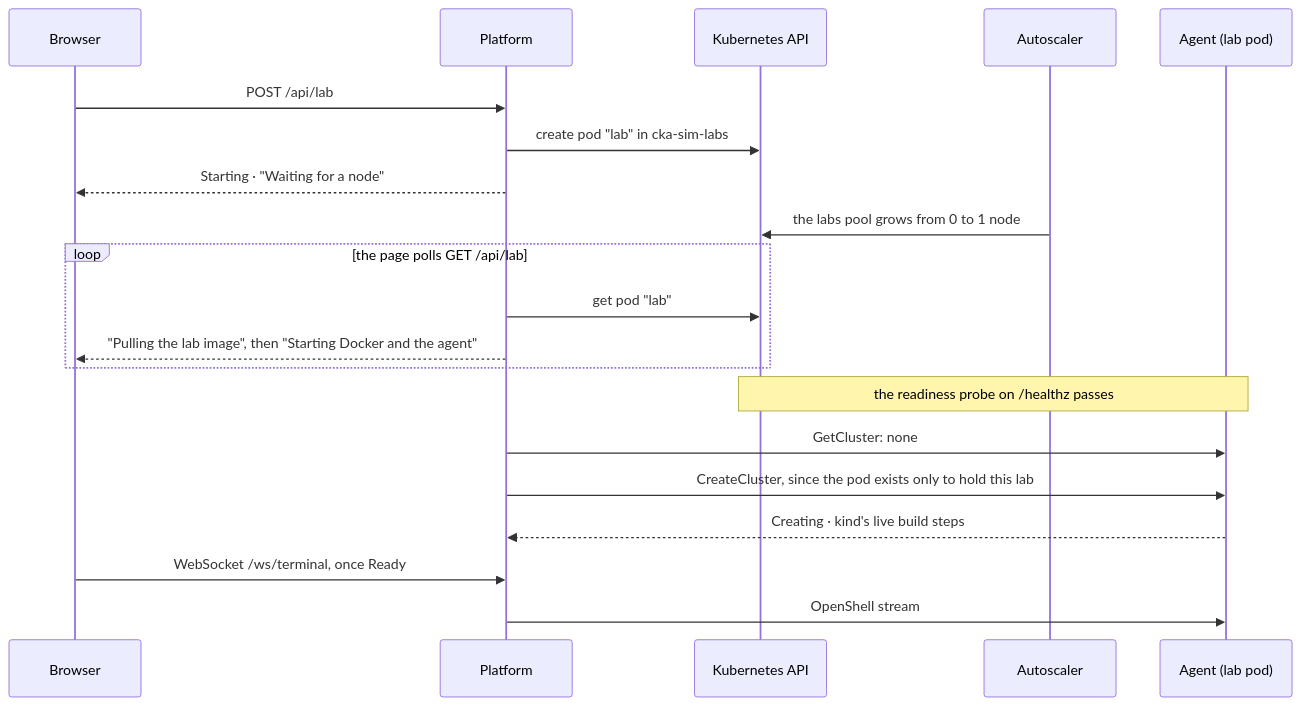
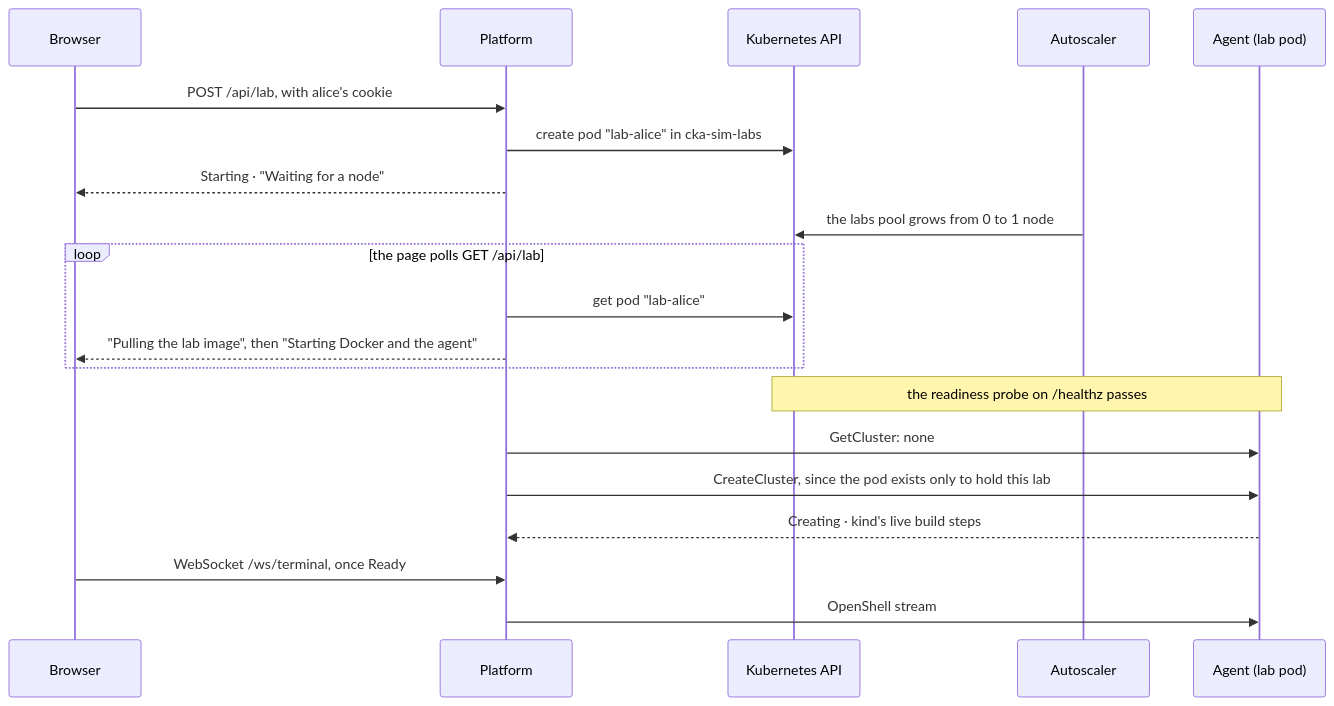
Before and after one commit to MohamedAljoke/cka-sim: the diagram in docs/HOSTING.md, drawn with Mermaid. The commit also changed other lines of this file and 5 other files, not shown here.

````diff
--- a/docs/HOSTING.md
+++ b/docs/HOSTING.md
@@ -42,23 +52,23 @@
 ```mermaid
 sequenceDiagram
     participant B as Browser
     participant P as Platform
     participant K as Kubernetes API
     participant N as Autoscaler
     participant A as Agent (lab pod)
 
-    B->>P: POST /api/lab
-    P->>K: create pod "lab" in cka-sim-labs
+    B->>P: POST /api/lab, with alice's cookie
+    P->>K: create pod "lab-alice" in cka-sim-labs
     P-->>B: Starting · "Waiting for a node"
     N->>K: the labs pool grows from 0 to 1 node
     loop the page polls GET /api/lab
-        P->>K: get pod "lab"
+        P->>K: get pod "lab-alice"
         P-->>B: "Pulling the lab image", then "Starting Docker and the agent"
     end
     Note over K,A: the readiness probe on /healthz passes
     P->>A: GetCluster: none
     P->>A: CreateCluster, since the pod exists only to hold this lab
     A-->>P: Creating · kind's live build steps
     B->>P: WebSocket /ws/terminal, once Ready
     P->>A: OpenShell stream
 ```
````
